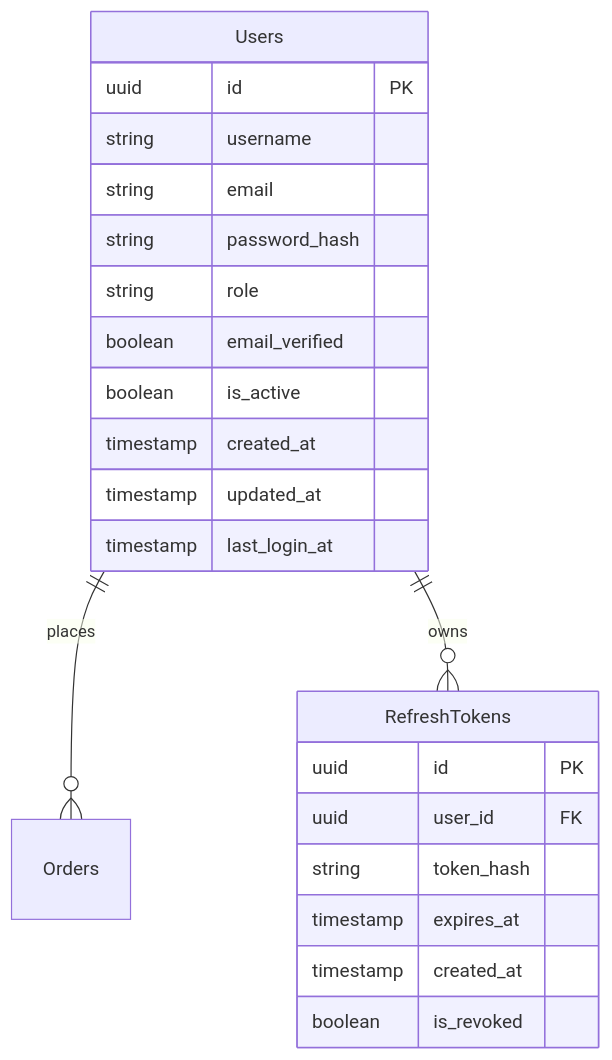
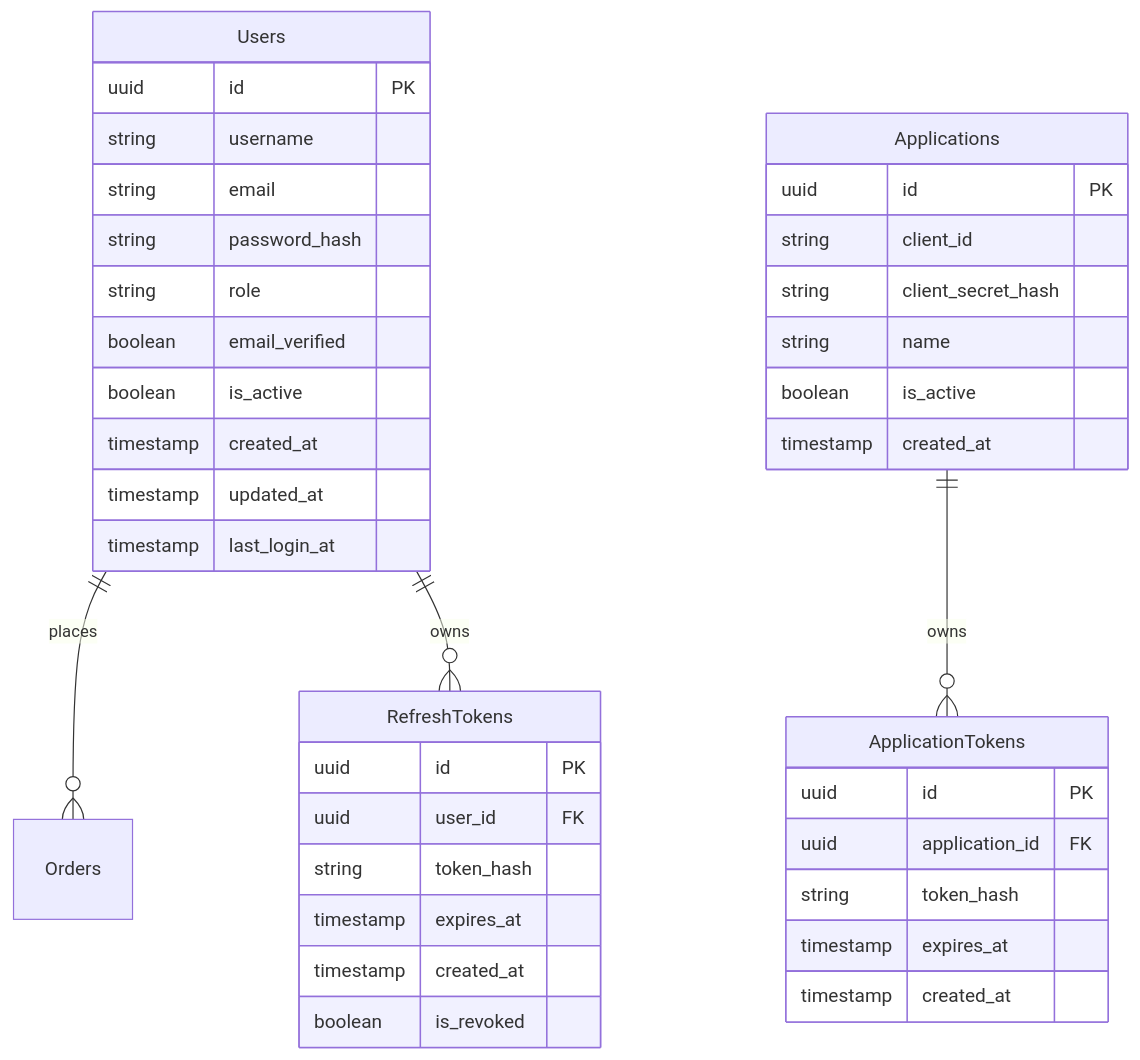
The diagram in CoffeeShop/docs/identity/identity-data-models.md (zzaia/zzaia-trio-coffee-shop), drawn with Mermaid before and after one commit. The commit also changed other lines of this file and 4 other files, not shown here.

````diff
--- a/CoffeeShop/docs/identity/identity-data-models.md
+++ b/CoffeeShop/docs/identity/identity-data-models.md
@@ -5,27 +5,45 @@
 ```mermaid
 erDiagram
     Users ||--o{ Orders : places
     Users ||--o{ RefreshTokens : owns
+    Applications ||--o{ ApplicationTokens : owns
 
     Users {
         uuid id PK
         string username
         string email
         string password_hash
         string role
         boolean email_verified
         boolean is_active
         timestamp created_at
         timestamp updated_at
         timestamp last_login_at
     }
 
     RefreshTokens {
         uuid id PK
         uuid user_id FK
         string token_hash
         timestamp expires_at
         timestamp created_at
         boolean is_revoked
     }
+
+    Applications {
+        uuid id PK
+        string client_id
+        string client_secret_hash
+        string name
+        boolean is_active
+        timestamp created_at
+    }
+
+    ApplicationTokens {
+        uuid id PK
+        uuid application_id FK
+        string token_hash
+        timestamp expires_at
+        timestamp created_at
+    }
 ```
````
